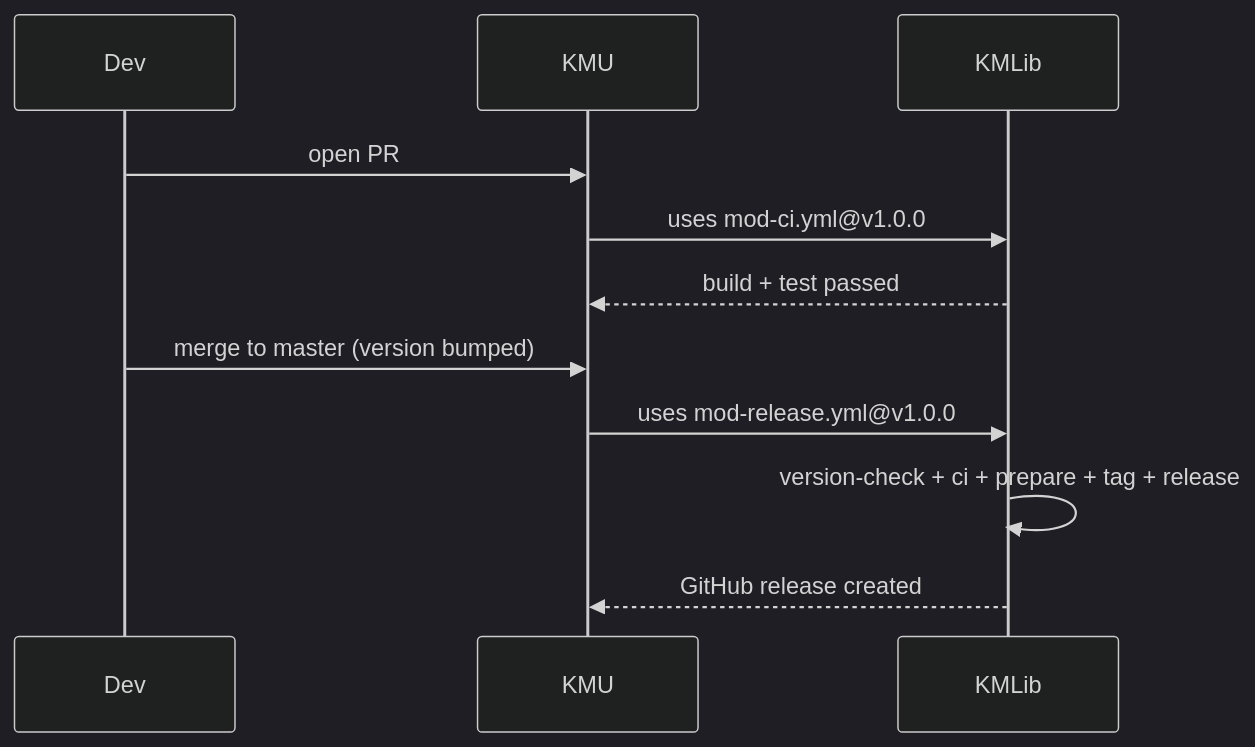
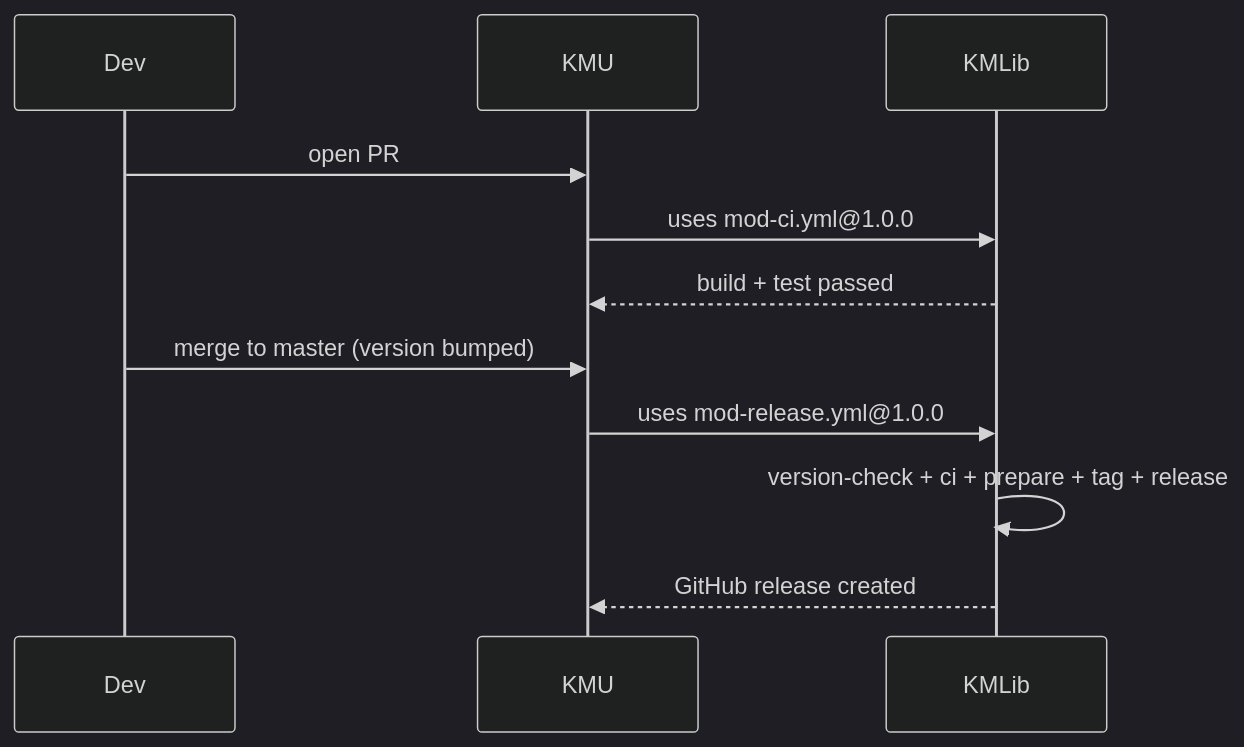
One commit to Klark-Morrigan/Starsector-Mod-KMLib changed the ninth of 9 diagrams in docs/dev/implementation/001-reusable-ci-release-workflows/plan.md. Above: the diagram before and after it, drawn with Mermaid (dark theme). The commit also changed other lines of this file and 1 other file, not shown here.

````diff
--- a/docs/dev/implementation/001-reusable-ci-release-workflows/plan.md
+++ b/docs/dev/implementation/001-reusable-ci-release-workflows/plan.md
@@ -448,13 +450,13 @@
 ```mermaid
 sequenceDiagram
     participant Dev
     participant KMU
     participant KMLib
     Dev->>KMU: open PR
-    KMU->>KMLib: uses mod-ci.yml@v1.0.0
+    KMU->>KMLib: uses mod-ci.yml@1.0.0
     KMLib-->>KMU: build + test passed
     Dev->>KMU: merge to master (version bumped)
-    KMU->>KMLib: uses mod-release.yml@v1.0.0
+    KMU->>KMLib: uses mod-release.yml@1.0.0
     KMLib->>KMLib: version-check + ci + prepare + tag + release
     KMLib-->>KMU: GitHub release created
 ```
````
